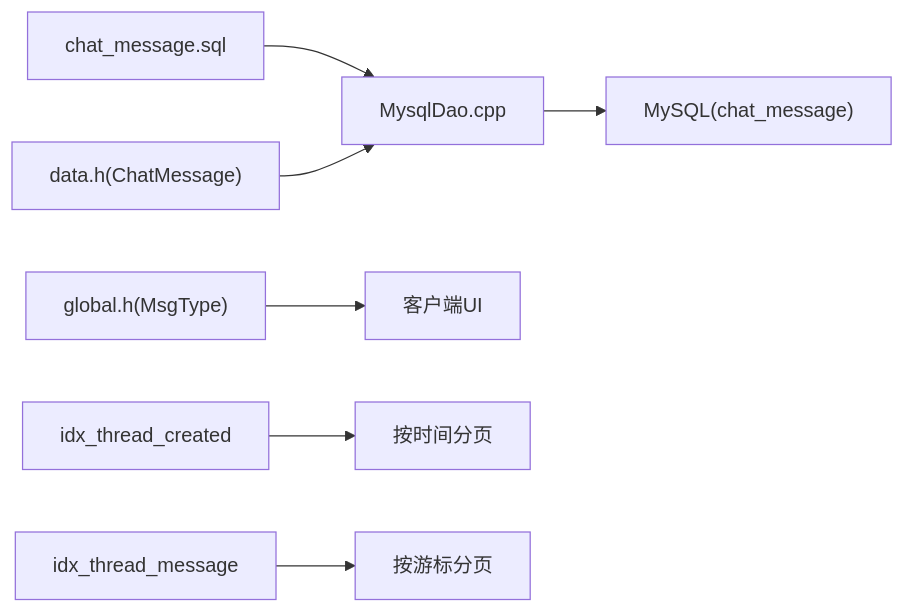
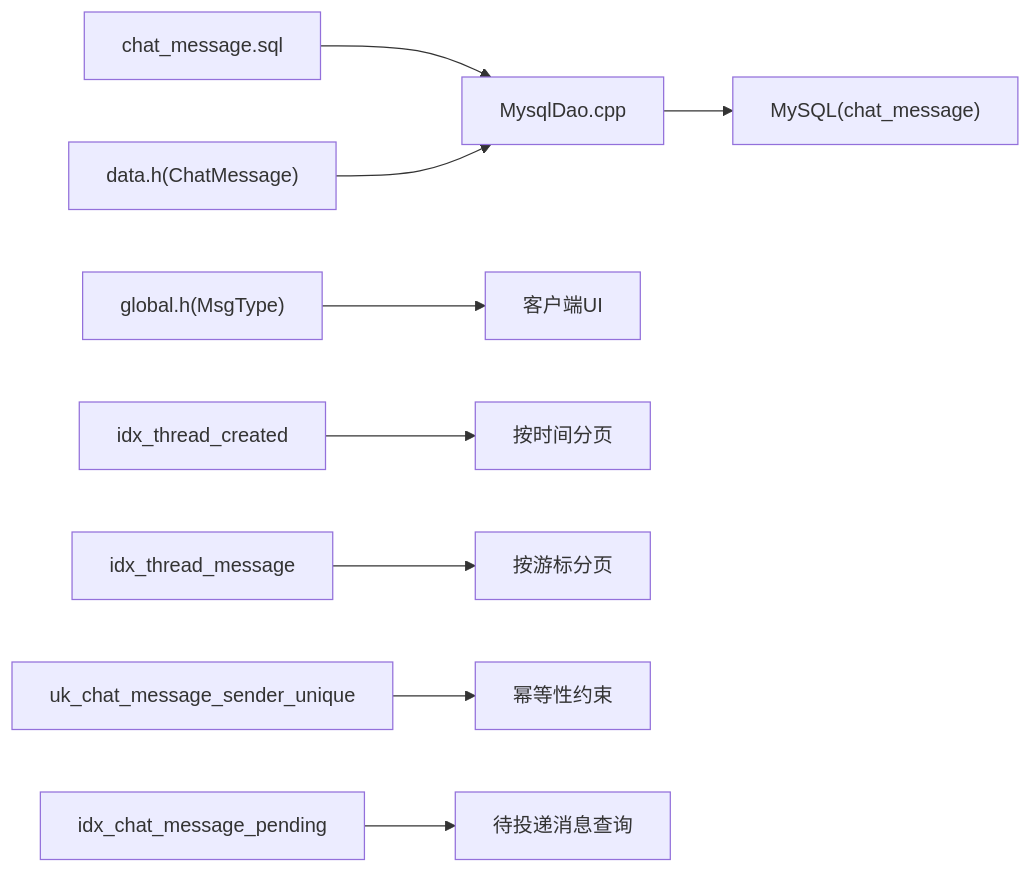
The eighth of 8 diagrams in .qoder/repowiki/zh/content/数据库设计/数据库表结构/聊天消息表(chat_message).md (echo9923/mychatter), drawn with Mermaid before and after one commit. The commit also changed other lines of this file and 54 other files, not shown here.

````diff
--- a/.qoder/repowiki/zh/content/数据库设计/数据库表结构/聊天消息表(chat_message).md
+++ b/.qoder/repowiki/zh/content/数据库设计/数据库表结构/聊天消息表(chat_message).md
@@ -260,9 +328,11 @@
 ```mermaid
 graph LR
 SQL["chat_message.sql"] --> DAO["MysqlDao.cpp"]
 Model["data.h(ChatMessage)"] --> DAO
 Enum["global.h(MsgType)"] --> UI["客户端UI"]
 DAO --> DB["MySQL(chat_message)"]
 Index1["idx_thread_created"] --> QueryTime["按时间分页"]
 Index2["idx_thread_message"] --> QueryCursor["按游标分页"]
+Index3["uk_chat_message_sender_unique"] --> Idempotent["幂等性约束"]
+Index4["idx_chat_message_pending"] --> PendingQuery["待投递消息查询"]
 ```
````
